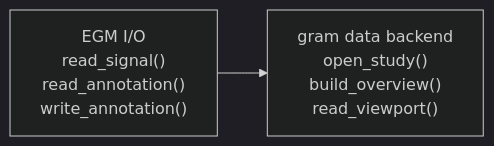
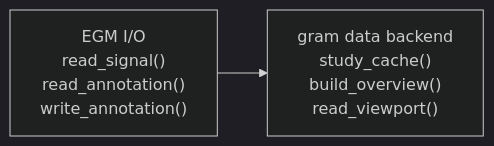
Before and after one commit to shah-in-boots/ggm: the second of 5 diagrams in vignettes/design.qmd, drawn with Mermaid (dark theme). The commit also changed other lines of this file and 45 other files, not shown here.

````diff
--- a/vignettes/design.qmd
+++ b/vignettes/design.qmd
@@ -86,8 +86,8 @@
 ```{mermaid}
 %%| label: data-backend-map
 flowchart LR
     EGMIO["EGM I/O<br/>read_signal()<br/>read_annotation()<br/>write_annotation()"]:::implemented
-    GramBackend["gram data backend<br/>open_study()<br/>build_overview()<br/>read_viewport()"]:::planned
+    GramBackend["gram data backend<br/>study_cache()<br/>build_overview()<br/>read_viewport()"]:::planned
 
     EGMIO --> GramBackend
 ```
````
